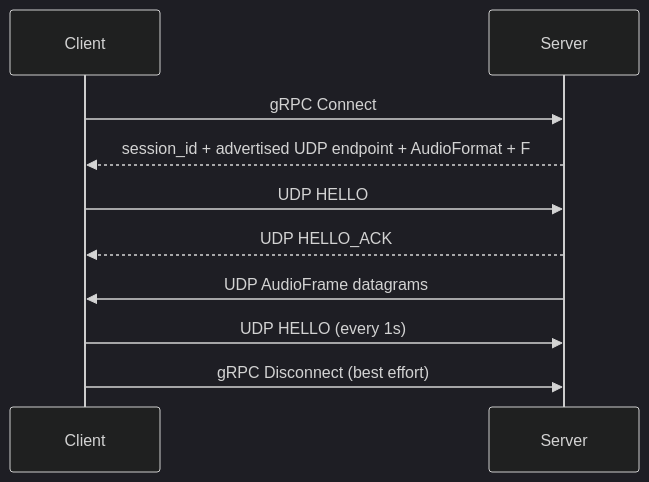
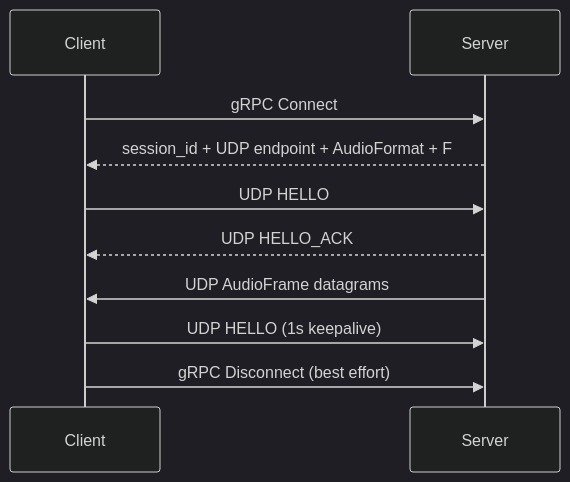
Before and after one commit to aquawius/aqua: the diagram in README.md, drawn with Mermaid (dark theme). The commit also changed other lines of this file and 1 other file, not shown here.

````diff
--- a/README.md
+++ b/README.md
@@ -95,12 +172,12 @@
 ```mermaid
 sequenceDiagram
     participant C as Client
     participant S as Server
     C ->> S: gRPC Connect
-    S -->> C: session_id + advertised UDP endpoint + AudioFormat + F
+    S -->> C: session_id + UDP endpoint + AudioFormat + F
     C ->> S: UDP HELLO
     S -->> C: UDP HELLO_ACK
     S ->> C: UDP AudioFrame datagrams
-    C ->> S: UDP HELLO (every 1s)
+    C ->> S: UDP HELLO (1s keepalive)
     C ->> S: gRPC Disconnect (best effort)
 ```
````
